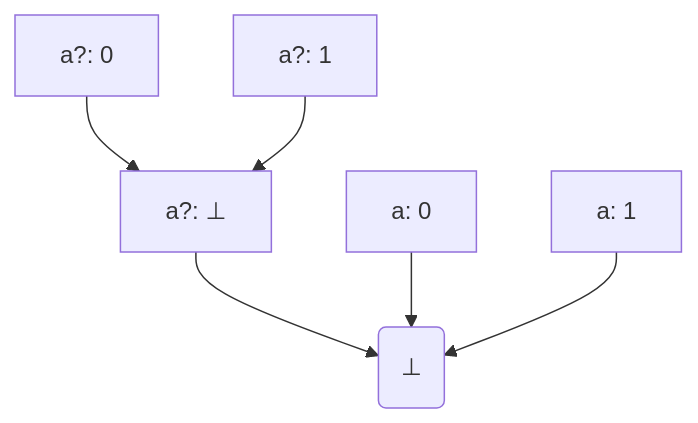
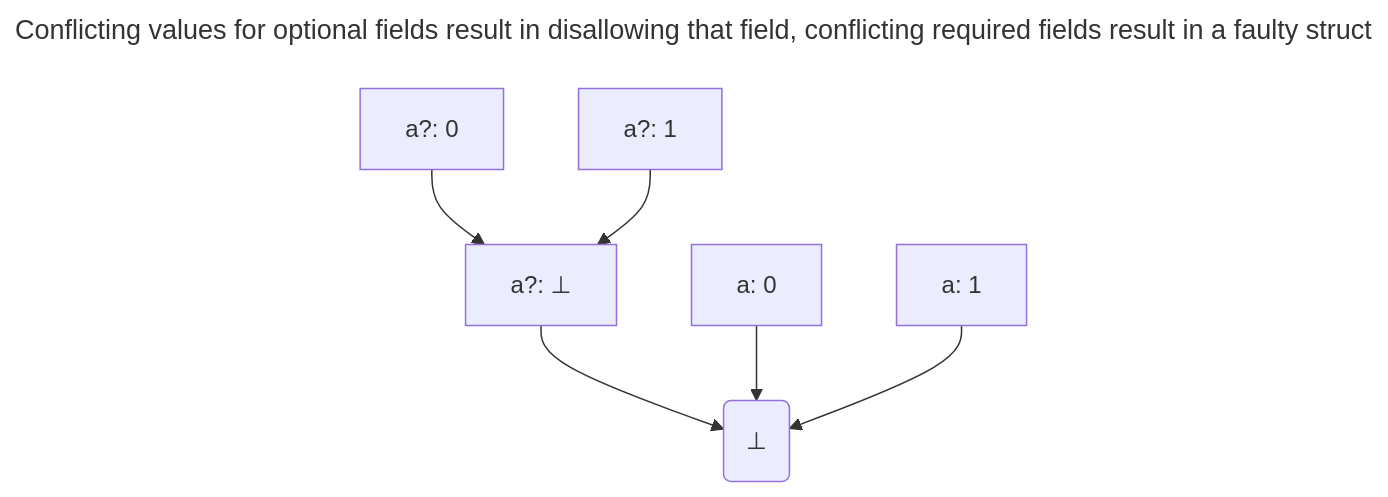
One commit to cue-lang/cuelang.org changed the seventh of 7 diagrams in mkdocs/preprocessor/content/docs/concept/the-logic-of-cue/en.md. Above: the diagram before and after it, drawn with Mermaid. The commit also changed other lines of this file and 6 other files, not shown here.

First line of the commit message:
mkdocs: replace Hugo mermaid shortcode with code block with mkdocs-refactor/mermaid-transform.bash

````diff
--- a/mkdocs/preprocessor/content/docs/concept/the-logic-of-cue/en.md
+++ b/mkdocs/preprocessor/content/docs/concept/the-logic-of-cue/en.md
@@ -370,14 +376,17 @@
-{{< mermaid caption="Conflicting values for optional fields result in disallowing that field, conflicting required fields result in a faulty struct" >}}
+``` mermaid
+---
+title: "Conflicting values for optional fields result in disallowing that field, conflicting required fields result in a faulty struct"
+---
 graph TD
     ao0["a?: 0"]
     ao1["a?: 1"]
     aob["a?: ⊥"]
     ao0 --> aob
     ao1 --> aob
     ar0["a: 0"]
     ar1["a: 1"]
     aob --> E
     ar0 --> E
     ar1 --> E
     E("⊥")
-{{< /mermaid >}}
+```
````
